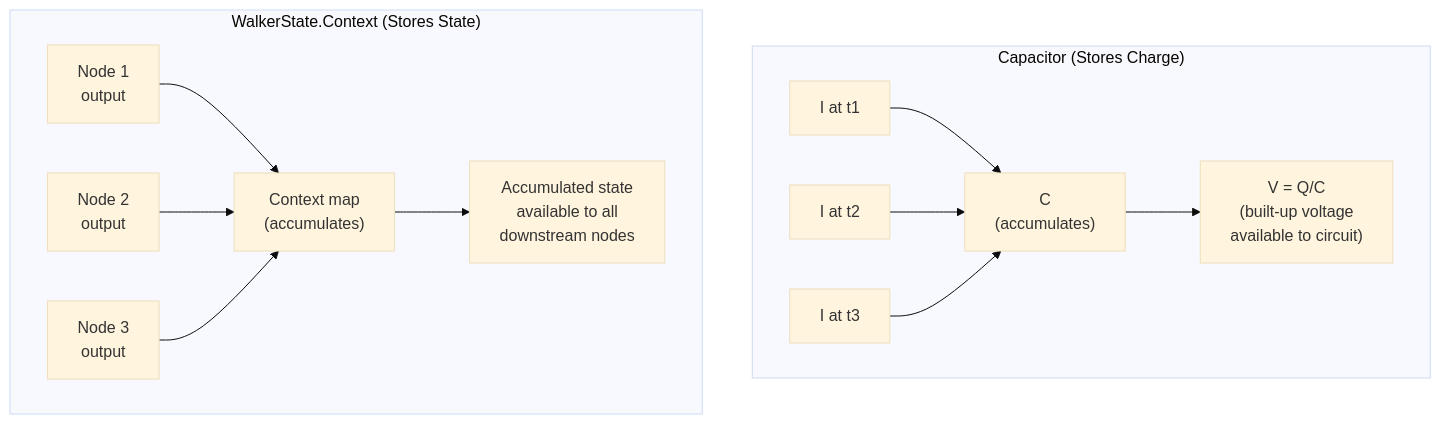
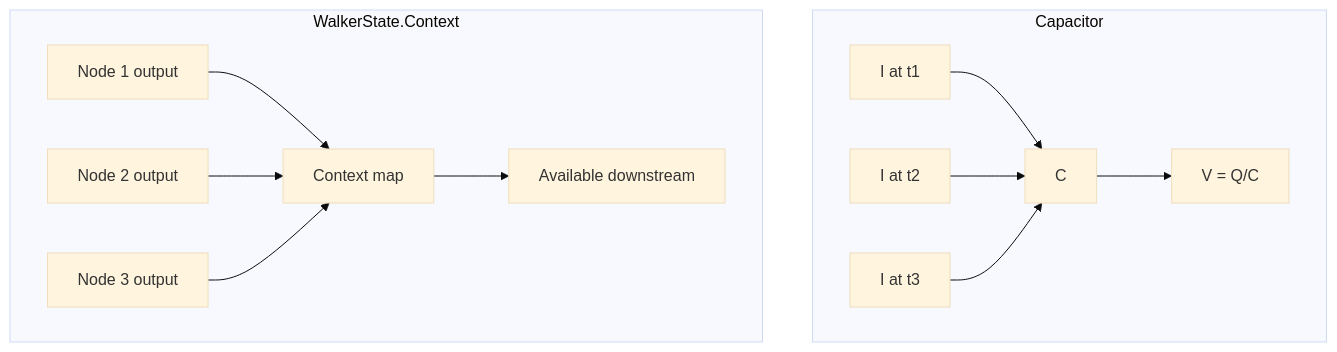
Before and after one commit to dpopsuev/origami: the third of 12 diagrams in .cursor/docs/case-studies/electronic-circuit-theory.md, drawn with Mermaid (base theme). The commit also changed other lines of this file, not shown here.

First line of the commit message:
fix(case-studies): clean up mermaid diagram labels and spacing

````diff
--- a/.cursor/docs/case-studies/electronic-circuit-theory.md
+++ b/.cursor/docs/case-studies/electronic-circuit-theory.md
@@ -137,18 +137,18 @@
 ```mermaid
 flowchart TB
-    subgraph capacitor ["Capacitor (Stores Charge)"]
+    subgraph capacitor ["Capacitor"]
         direction LR
-        it1["I at t1"] --> cap["C\n(accumulates)"]
+        it1["I at t1"] --> cap["C"]
         it2["I at t2"] --> cap
         it3["I at t3"] --> cap
-        cap --> voltage["V = Q/C\n(built-up voltage\navailable to circuit)"]
+        cap --> voltage["V = Q/C"]
     end
 
-    subgraph context ["WalkerState.Context (Stores State)"]
+    subgraph context ["WalkerState.Context"]
         direction LR
-        n1out["Node 1\noutput"] --> ctx["Context map\n(accumulates)"]
-        n2out["Node 2\noutput"] --> ctx
-        n3out["Node 3\noutput"] --> ctx
-        ctx --> downstream["Accumulated state\navailable to all\ndownstream nodes"]
+        n1out["Node 1 output"] --> ctx["Context map"]
+        n2out["Node 2 output"] --> ctx
+        n3out["Node 3 output"] --> ctx
+        ctx --> downstream["Available downstream"]
     end
 ```
````
